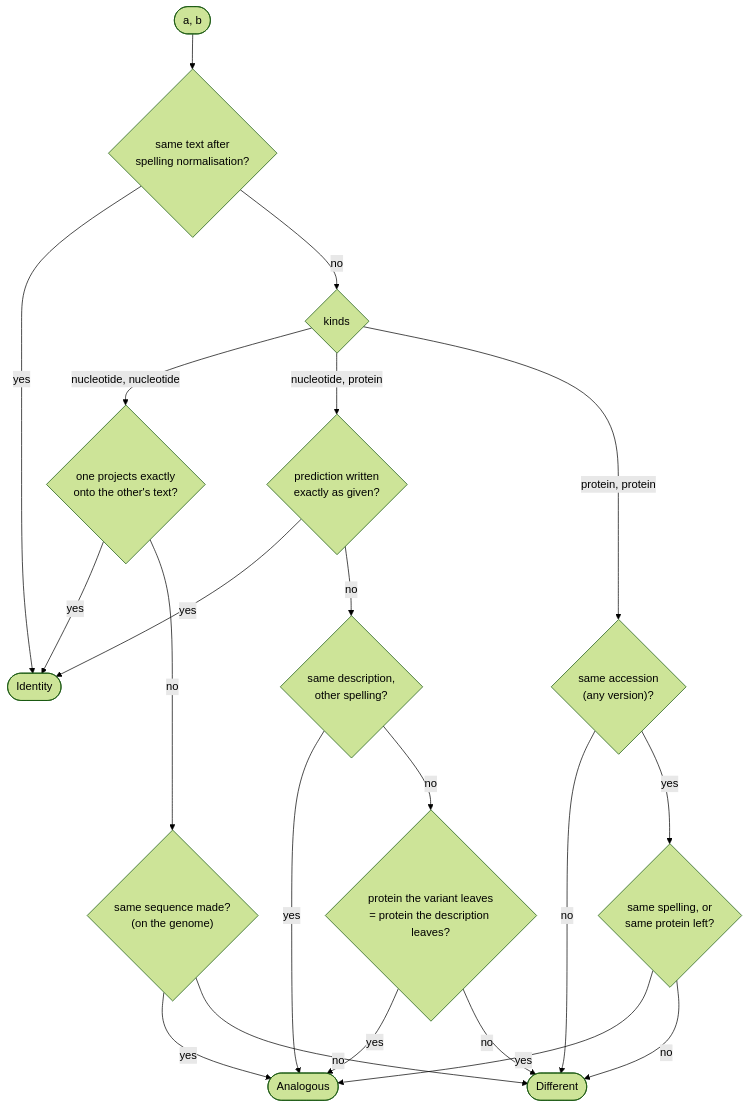
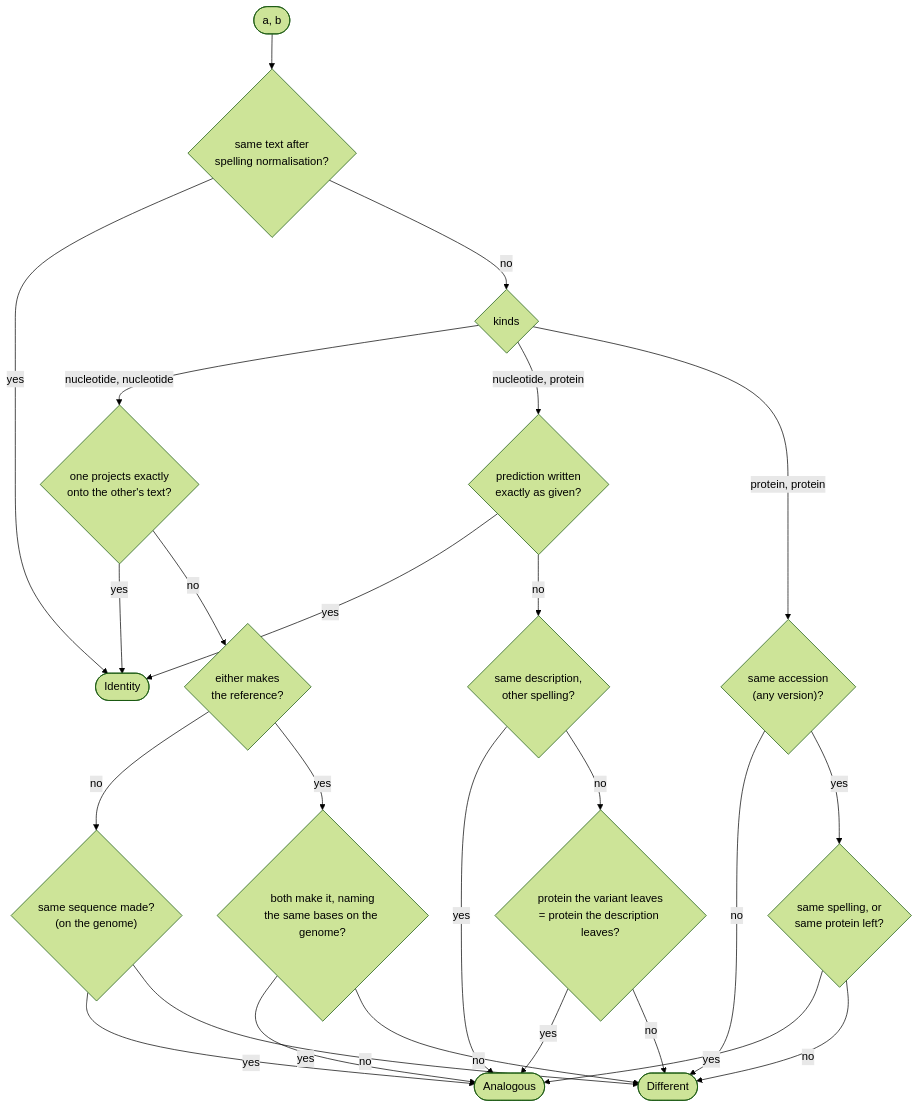
The diagram in docs/source/equivalence_logic.md (populationgenomics/hgvs-weaver), drawn with Mermaid (forest theme) before and after one commit. The commit also changed other lines of this file and 1 other file, not shown here.

````diff
--- a/docs/source/equivalence_logic.md
+++ b/docs/source/equivalence_logic.md
@@ -25,23 +25,27 @@
 ```mermaid
 flowchart TD
     Start(["a, b"]) --> Text{"same text after<br/>spelling normalisation?"}
     Text -- yes --> Identity([Identity])
     Text -- no --> Kind{kinds}
     Kind -- "nucleotide, nucleotide" --> Proj{"one projects exactly<br/>onto the other's text?"}
     Proj -- yes --> Identity
-    Proj -- no --> Allele{"same sequence made?<br/>(on the genome)"}
+    Proj -- no --> Ref{"either makes<br/>the reference?"}
+    Ref -- no --> Allele{"same sequence made?<br/>(on the genome)"}
+    Ref -- yes --> Named{"both make it, naming<br/>the same bases on the genome?"}
+    Named -- yes --> Analogous
+    Named -- no --> Different
     Kind -- "nucleotide, protein" --> Pred{"prediction written<br/>exactly as given?"}
     Pred -- yes --> Identity
     Pred -- no --> Spell{"same description,<br/>other spelling?"}
     Spell -- yes --> Analogous([Analogous])
     Spell -- no --> Left{"protein the variant leaves<br/>= protein the description leaves?"}
     Kind -- "protein, protein" --> Base{"same accession<br/>(any version)?"}
     Base -- no --> Different([Different])
     Base -- yes --> Left2{"same spelling, or<br/>same protein left?"}
     Allele -- yes --> Analogous
     Allele -- no --> Different
     Left -- yes --> Analogous
     Left -- no --> Different
     Left2 -- yes --> Analogous
     Left2 -- no --> Different
 ```
````
